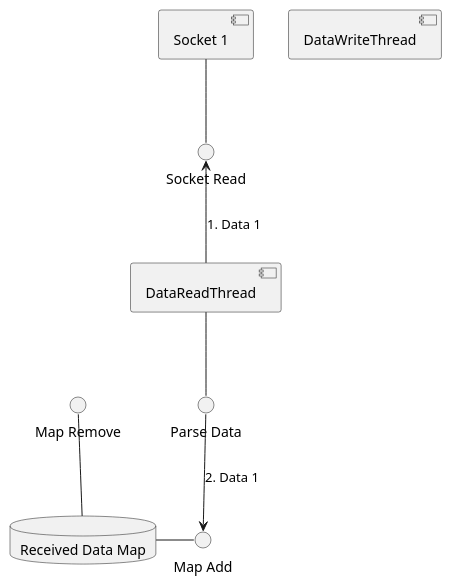
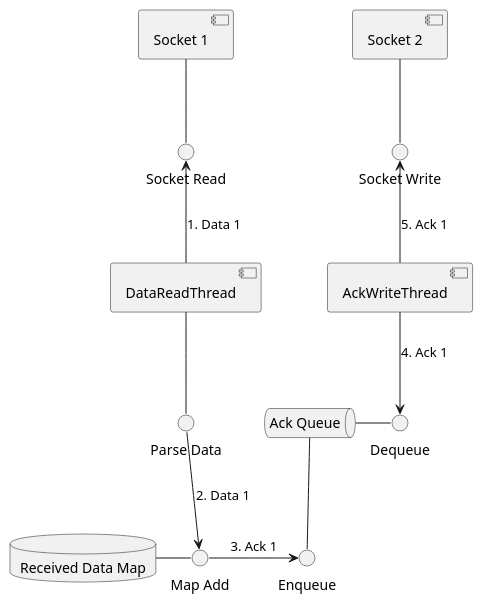
One commit to xiguichen/tcpudp changed the fourth of 5 diagrams in doc/DataProcess.md. Above: the diagram before and after it, drawn with PlantUML. The commit also changed other lines of this file, not shown here.

Commit message:
more design update about send data and receive data

````diff
--- a/doc/DataProcess.md
+++ b/doc/DataProcess.md
@@ -141,31 +146,48 @@
 ```plantuml
 
 component "Socket 1" as Socket1 {
 }
 
 () "Socket Read" as SocketRead
 SocketRead -u- Socket1
 
+
+component "Socket 2" as Socket2 {
+}
+() "Socket Write" as SocketWrite
+Socket2 -- SocketWrite
+
+
 component "DataReadThread" as DataReadThread {
 }
+
+queue "Ack Queue" as AckQueue {
+}
+() "Dequeue" as AckDequeue
+() "Enqueue" as AckEnqueue
+
+AckQueue - AckDequeue
+AckQueue -- AckEnqueue
 
 () "Parse Data" as ParseData
 DataReadThread -- ParseData
 
-component "DataWriteThread" as DataWriteThread {
+component "AckWriteThread" as AckWriteThread {
 }
 
 DataReadThread -u-> SocketRead : "1. Data 1"
 
 database "Received Data Map" as ReceivedDataMap {
 }
 
 () "Map Add" as MapAdd
-() "Map Remove" as MapRemove
 ReceivedDataMap - MapAdd
-MapRemove -d- ReceivedDataMap
 
 ParseData --> MapAdd : "2. Data 1"
 
+MapAdd -> AckEnqueue : "3. Ack 1"
+AckWriteThread --> AckDequeue : "4. Ack 1"
+AckWriteThread -u-> SocketWrite : "5. Ack 1"
+
 
 ```
````
